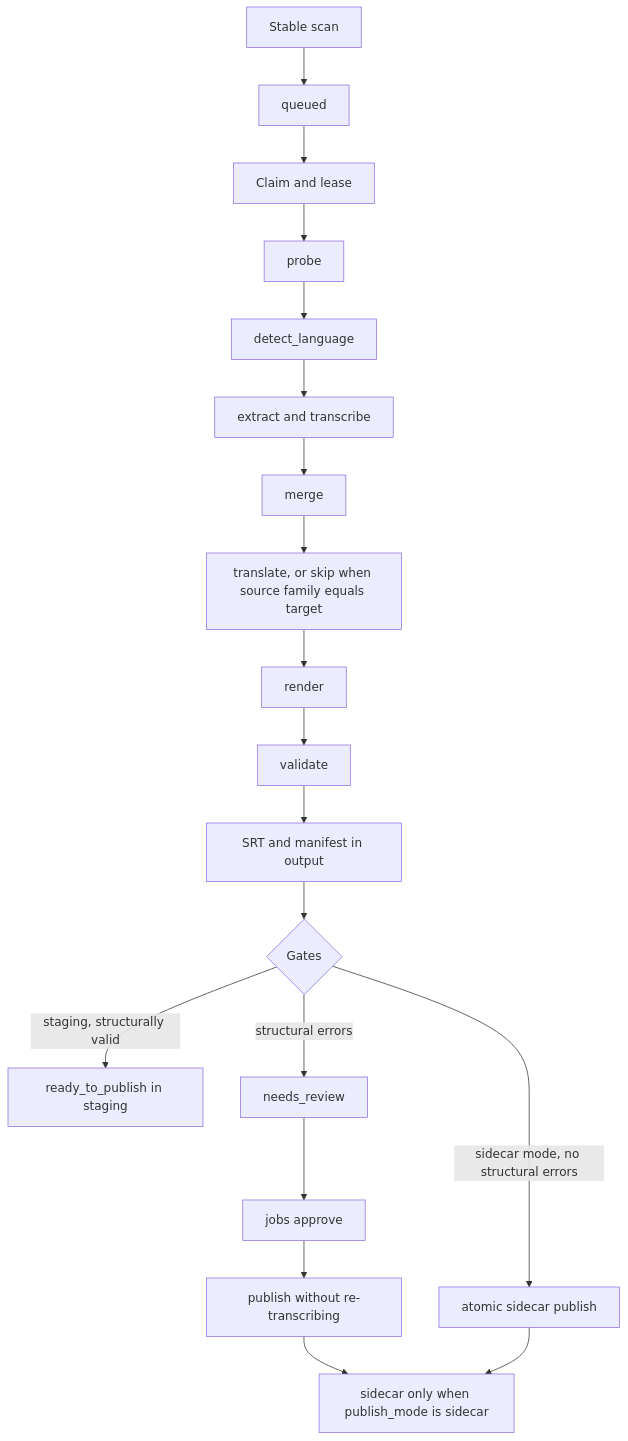
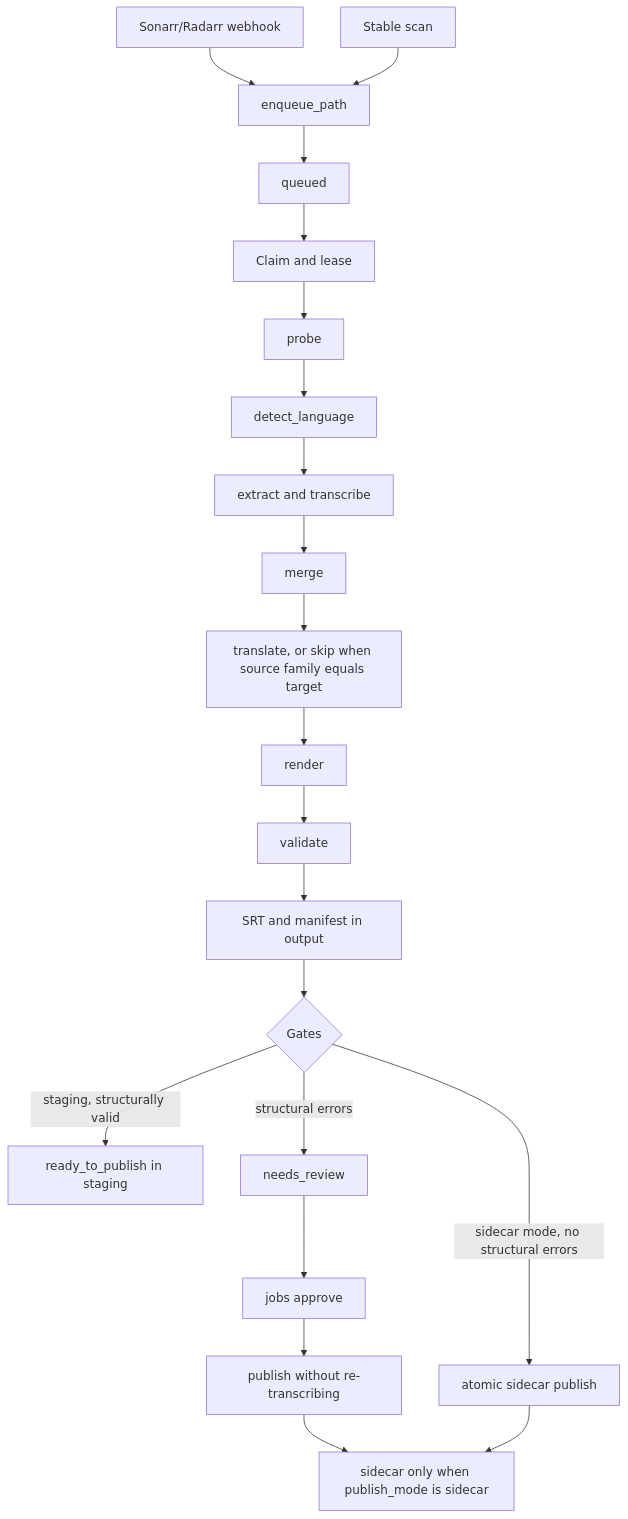
One commit to M-Guimaraes/subtitles changed the diagram in docs/architecture.md. Above: the diagram before and after it, drawn with Mermaid. The commit also changed other lines of this file and 20 other files, not shown here.

First line of the commit message:
Add Sonarr/Radarr webhook triggers (roadmap 004) (#3)

````diff
--- a/docs/architecture.md
+++ b/docs/architecture.md
@@ -14,21 +18,23 @@
 ```mermaid
 flowchart TD
-  scan[Stable scan] --> queued[queued]
+  webhook[Sonarr/Radarr webhook] --> enqueue[enqueue_path]
+  scan[Stable scan] --> enqueue
+  enqueue --> queued[queued]
   queued --> claim[Claim and lease]
   claim --> probe[probe]
   probe --> detect[detect_language]
   detect --> chunks[extract and transcribe]
   chunks --> merge[merge]
   merge --> translate[translate, or skip when source family equals target]
   translate --> render[render]
   render --> validate[validate]
   validate --> staging[SRT and manifest in output]
   staging --> review{Gates}
   review -->|staging, structurally valid| ready[ready_to_publish in staging]
   review -->|structural errors| needs[needs_review]
   review -->|sidecar mode, no structural errors| autosidecar[atomic sidecar publish]
   needs --> approve[jobs approve]
   approve --> publish[publish without re-transcribing]
   publish --> sidecar[sidecar only when publish_mode is sidecar]
   autosidecar --> sidecar
 ```
````
